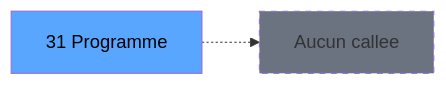
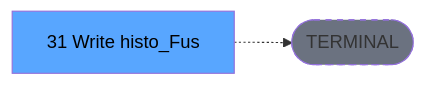
The third of 3 diagrams in .openspec/specs/ADH-IDE-31.md (thonyAGP/lecteur-magic), drawn with Mermaid before and after one commit. The commit also changed other lines of this file and 701 other files, not shown here.

````diff
--- a/.openspec/specs/ADH-IDE-31.md
+++ b/.openspec/specs/ADH-IDE-31.md
@@ -140,8 +134,8 @@
 ```mermaid
 graph LR
-    T[31 Programme]
-    NONE[Aucun callee]
-    T -.-> NONE
+    T[31 Write histo_Fus]
+    TERM([TERMINAL])
+    T -.-> TERM
+    style TERM fill:#6b7280,stroke-dasharray: 5 5
     style T fill:#58a6ff,color:#000
-    style NONE fill:#6b7280,stroke-dasharray: 5 5
 ```
````
